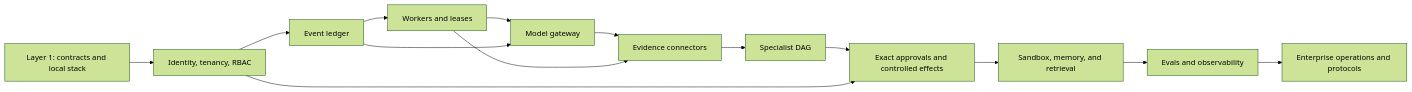
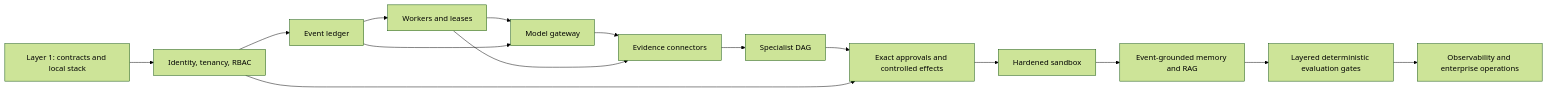
Before and after one commit to mrinmoyece/aegis-agent-platform: the diagram in docs/enterprise-implementation-plan.md, drawn with Mermaid (forest theme). The commit also changed other lines of this file and 31 other files, not shown here.

Commit message:
Add deterministic enterprise evaluation gates

````diff
--- a/docs/enterprise-implementation-plan.md
+++ b/docs/enterprise-implementation-plan.md
@@ -37,18 +37,19 @@
 ```mermaid
 flowchart LR
   L1[Layer 1: contracts and local stack]
   L2[Identity, tenancy, RBAC]
   L3[Event ledger]
   L4[Workers and leases]
   L5[Model gateway]
   L6[Evidence connectors]
   L7[Specialist DAG]
   L8[Exact approvals and controlled effects]
-  L9[Sandbox, memory, and retrieval]
-  L10[Evals and observability]
-  L11[Enterprise operations and protocols]
-  L1 --> L2 --> L3 --> L4 --> L5 --> L6 --> L7 --> L8 --> L9 --> L10 --> L11
+  L9[Hardened sandbox]
+  L10[Event-grounded memory and RAG]
+  L11[Layered deterministic evaluation gates]
+  L12[Observability and enterprise operations]
+  L1 --> L2 --> L3 --> L4 --> L5 --> L6 --> L7 --> L8 --> L9 --> L10 --> L11 --> L12
   L3 --> L5
   L4 --> L6
   L2 --> L8
 ```
````
